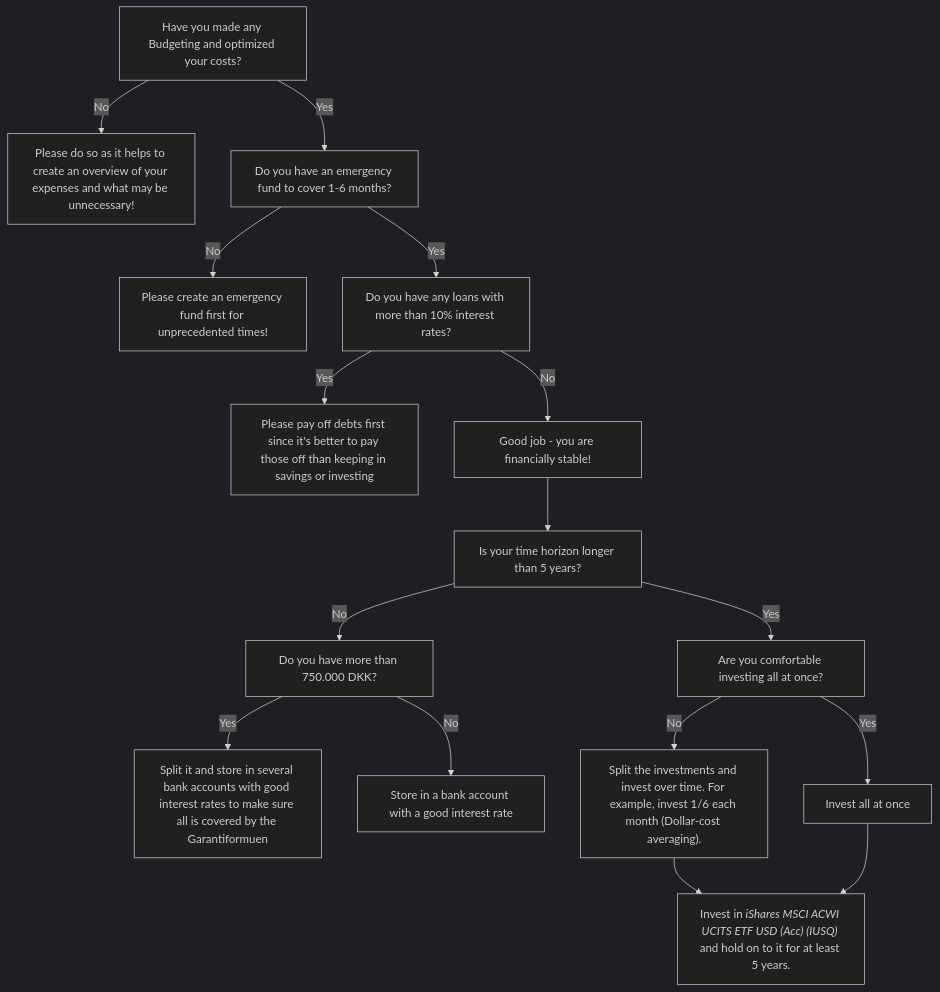
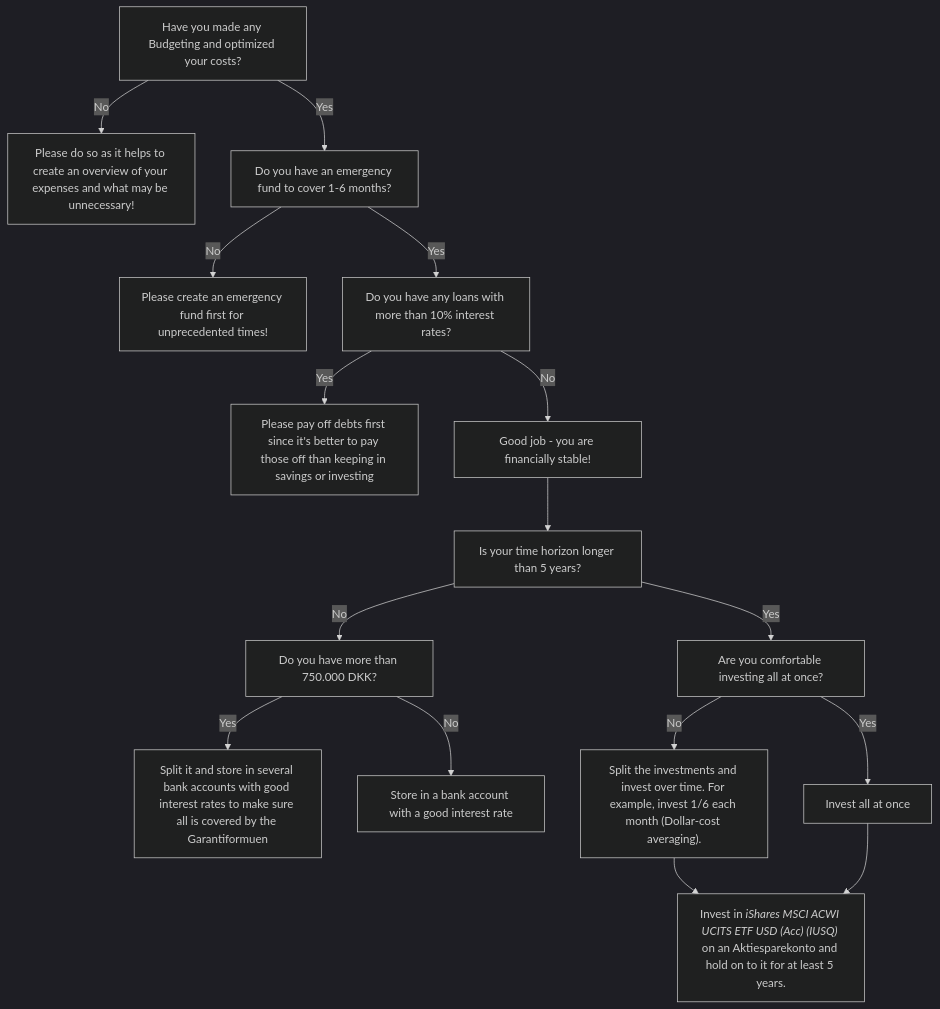
One commit to dk-invest-101/dk-invest-101.github.io changed the diagram in docs/Investing Flowchart.mdx. Above: the diagram before and after it, drawn with Mermaid (dark theme). The commit also changed other lines of this file and 15 other files, not shown here.

````diff
--- a/docs/Investing Flowchart.mdx
+++ b/docs/Investing Flowchart.mdx
@@ -9,26 +8,26 @@
 ```mermaid
 flowchart TD
     A["`Have you made any Budgeting and optimized your costs?`"]
     A -->|No| B["`Please do so as it helps to create an overview of your expenses and what may be unnecessary!`"]
     A -->|Yes| C["`Do you have an emergency fund to cover 1-6 months?`"]
     C -->|No| D["`Please create an emergency fund first for unprecedented times!`"]
     C -->|Yes| E["`Do you have any loans with more than 10% interest rates?`"]
     E -->|Yes| G["`Please pay off debts first since it's better to pay those off than keeping in savings or investing`"]
     E -->|No| F["`Good job - you are financially stable!`"]
     F --> H["`Is your time horizon longer than 5 years?`"]
     H -->|No| I["Do you have more than 750.000 DKK?"]
     I -->|Yes| J["`Split it and store in several bank accounts with good interest rates to make sure all is covered by the Garantiformuen`"]
     I -->|No| K["`Store in a bank account with a good interest rate`"]
     H -->|Yes| L["`Are you comfortable investing all at once?`"]
     L -->|No| M["`Split the investments and invest over time. For example, invest 1/6 each month (Dollar-cost averaging).`"]
     L -->|Yes| N["`Invest all at once`"]
-    M & N --> O["`Invest in _iShares MSCI ACWI UCITS ETF USD (Acc) (IUSQ)_ and hold on to it for at least 5 years.`"]
+    M & N --> O["`Invest in _iShares MSCI ACWI UCITS ETF USD (Acc) (IUSQ)_ on an Aktiesparekonto and hold on to it for at least 5 years.`"]
     click B "https://dk-invest-101.github.io/Budgeting%20before%20Investing"
     click D "https://dk-invest-101.github.io/Budgeting%20before%20Investing#emergency-fund"
     click G "https://ukpersonal.finance/debt/#Why_interest_is_a_killer_%F0%9F%9A%92"
     click H "https://dk-invest-101.github.io/Budgeting%20before%20Investing#financial-planning"
     click J "https://dk-invest-101.github.io/QandA#where-to-safely-store-large-sums-of-money"
     click O "https://dk-invest-101.github.io/How%20to%20choose%20your%20ETFs%20&%20Stocks#deciding-on-an-etf"
     click M "https://dk-invest-101.github.io/QandA#invest-a-large-sum-all-at-once-or-over-a-period-of-months"
     click N "https://dk-invest-101.github.io/QandA#invest-a-large-sum-all-at-once-or-over-a-period-of-months"
 ```
````
